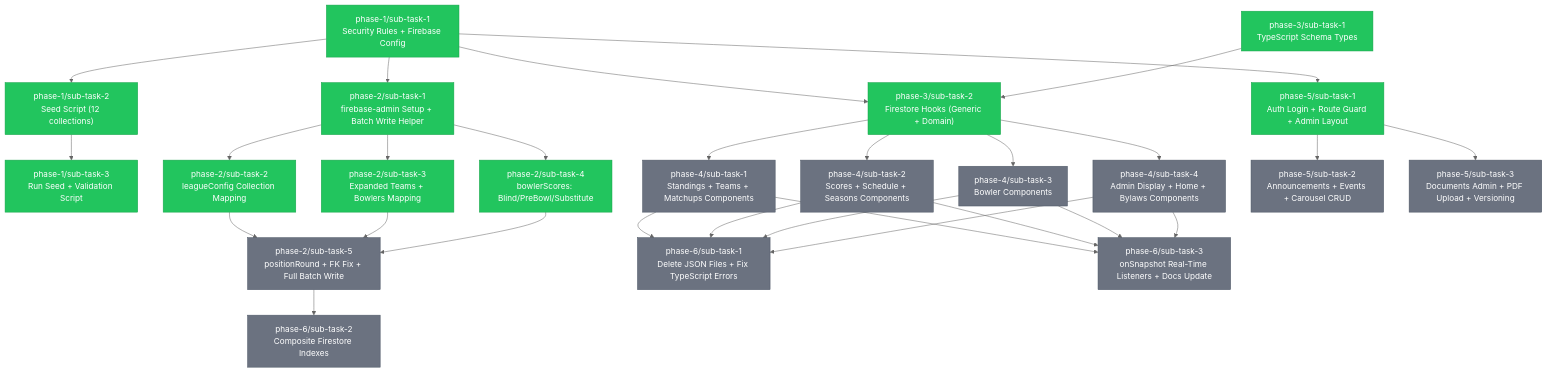
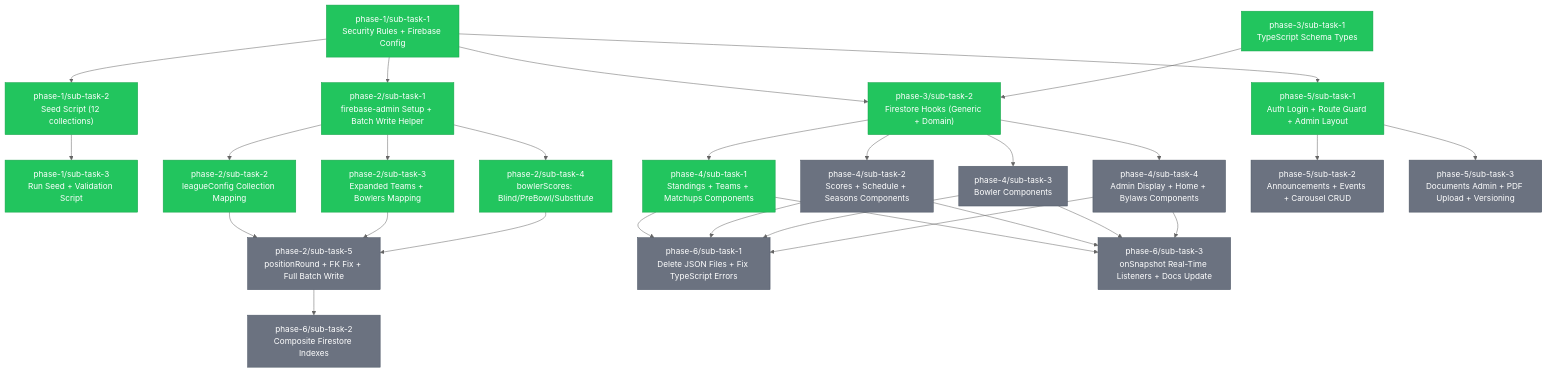
Before and after one commit to Bagwell-Oil-Imaging/late-night-happy-hour-league-site: the diagram in .claude/tasks/TASKS.md, drawn with Mermaid (neutral theme). The commit also changed other lines of this file, not shown here.

```diff
--- a/.claude/tasks/TASKS.md
+++ b/.claude/tasks/TASKS.md
@@ -94,7 +94,7 @@
     class P2S5 pending
     class P3S1 completed
     class P3S2 completed
-    class P4S1 pending
+    class P4S1 completed
     class P4S2 pending
     class P4S3 pending
     class P4S4 pending
```
